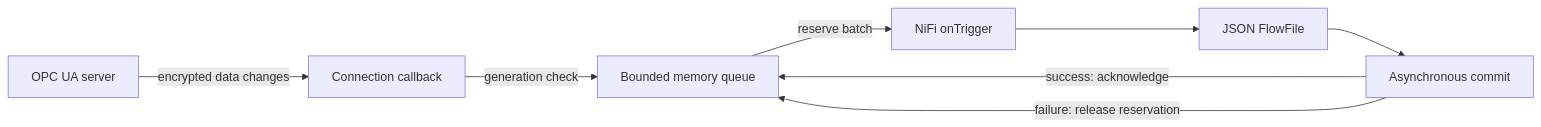
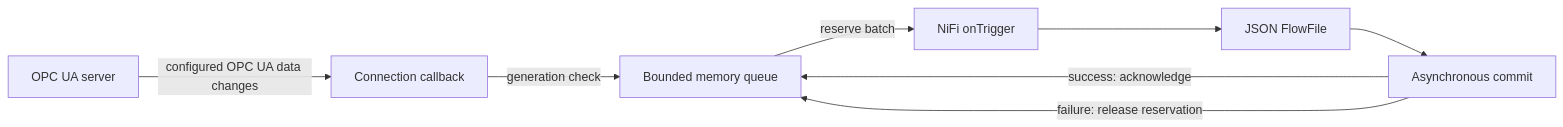
One commit to paf91/nifi-opcua-subscriber changed the diagram in docs/architecture.md. Above: the diagram before and after it, drawn with Mermaid. The commit also changed other lines of this file and 32 other files, not shown here.

````diff
--- a/docs/architecture.md
+++ b/docs/architecture.md
@@ -17,10 +17,10 @@
 ```mermaid
 flowchart LR
-    OPC[OPC UA server] -->|encrypted data changes| Callback[Connection callback]
+    OPC[OPC UA server] -->|configured OPC UA data changes| Callback[Connection callback]
     Callback -->|generation check| Buffer[Bounded memory queue]
     Buffer -->|reserve batch| Trigger[NiFi onTrigger]
     Trigger --> JSON[JSON FlowFile]
     JSON --> Commit[Asynchronous commit]
     Commit -->|success: acknowledge| Buffer
     Commit -->|failure: release reservation| Buffer
 ```
````
